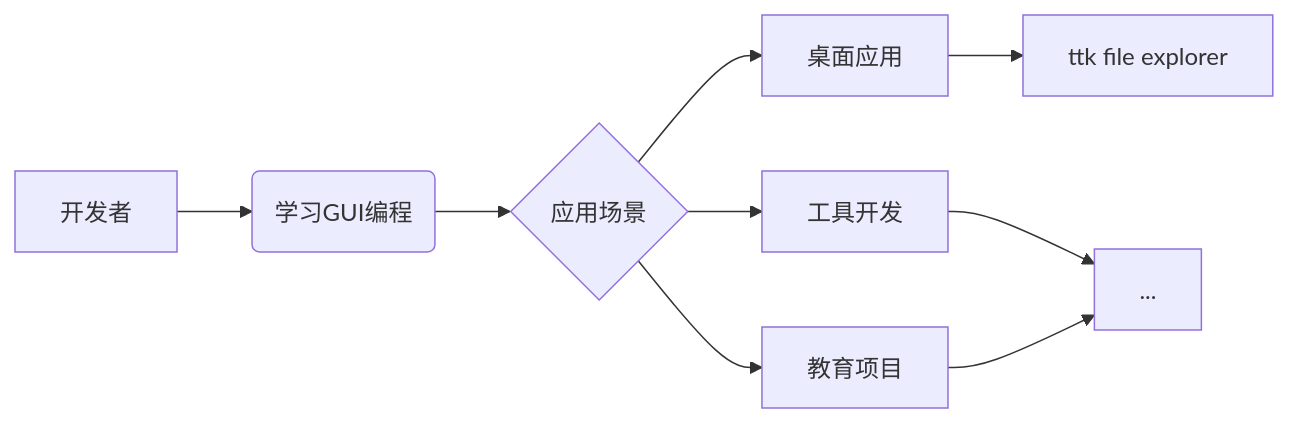
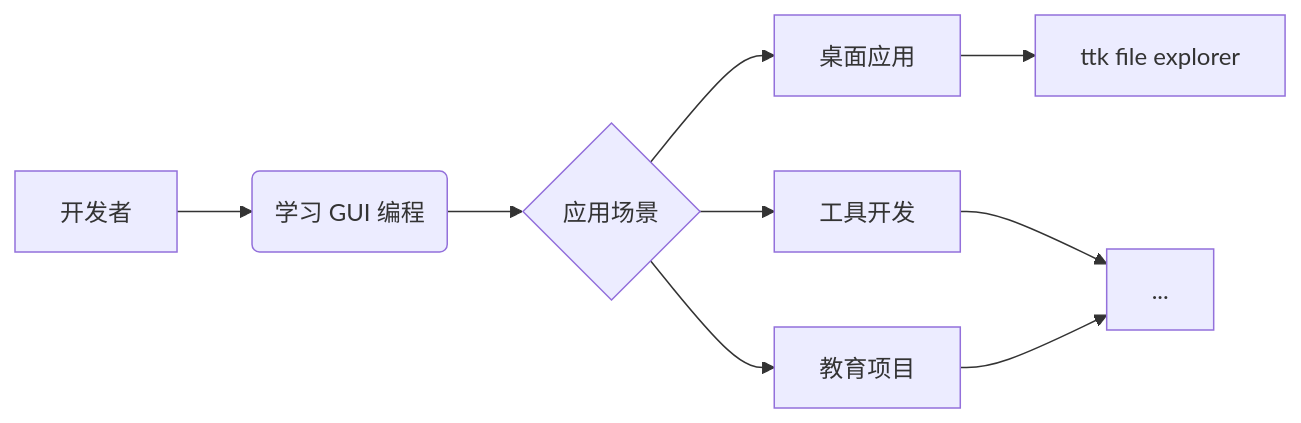
Before and after one commit to pyheight/ttk-file-explorer: the diagram in docs/about/project-overview.zh.md, drawn with Mermaid. The commit also changed other lines of this file, not shown here.

````diff
--- a/docs/about/project-overview.zh.md
+++ b/docs/about/project-overview.zh.md
@@ -23,11 +23,11 @@
 ```mermaid
 graph LR
-    A[开发者] --> B(学习GUI编程)
+    A[开发者] --> B(学习 GUI 编程)
     B --> C{应用场景}
     C --> D[桌面应用]
     C --> E[工具开发]
     C --> F[教育项目]
     D --> G[ttk file explorer]
     E --> H[...]
     F --> H[...]
 ```
````
